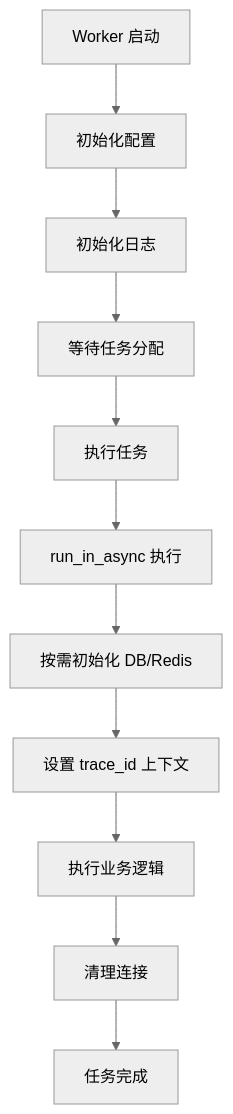
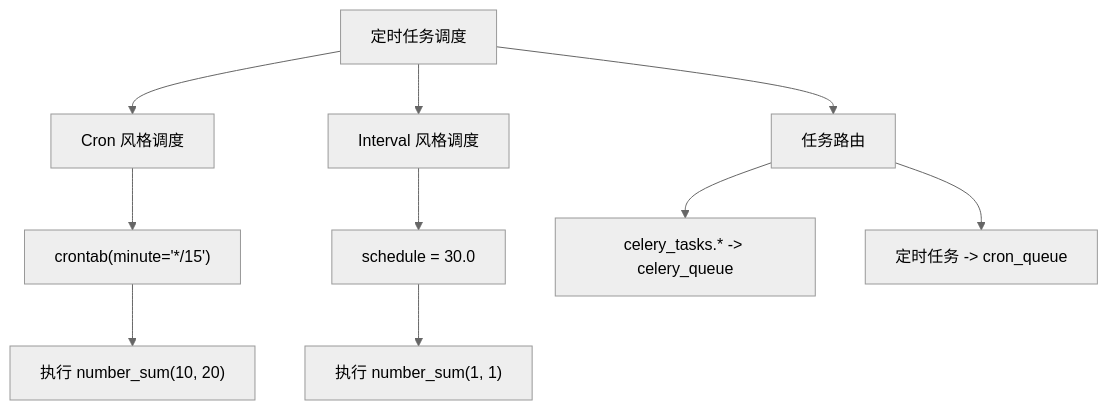
The sixth of 7 diagrams in .qoder/repowiki/zh/content/任务调度系统/Celery分布式任务.md (lilinzezzzzzz/fastapi-backend), drawn with Mermaid (neutral theme) before and after one commit. The commit also changed other lines of this file and 38 other files, not shown here.

````diff
--- a/.qoder/repowiki/zh/content/任务调度系统/Celery分布式任务.md
+++ b/.qoder/repowiki/zh/content/任务调度系统/Celery分布式任务.md
@@ -273,13 +279,12 @@
 ```mermaid
 flowchart TD
-A["Worker 启动"] --> B["初始化配置"]
-B --> C["初始化日志"]
-C --> D["等待任务分配"]
-D --> E["执行任务"]
-E --> F["run_in_async 执行"]
-F --> G["按需初始化 DB/Redis"]
-G --> H["设置 trace_id 上下文"]
-H --> I["执行业务逻辑"]
-I --> J["清理连接"]
-J --> K["任务完成"]
+A["定时任务调度"] --> B["Cron 风格调度"]
+B --> B1["crontab(minute='*/15')"]
+B1 --> B2["执行 number_sum(10, 20)"]
+A --> C["Interval 风格调度"]
+C --> C1["schedule = 30.0"]
+C1 --> C2["执行 number_sum(1, 1)"]
+A --> D["任务路由"]
+D --> D1["celery_tasks.* -> celery_queue"]
+D --> D2["定时任务 -> cron_queue"]
 ```
````
